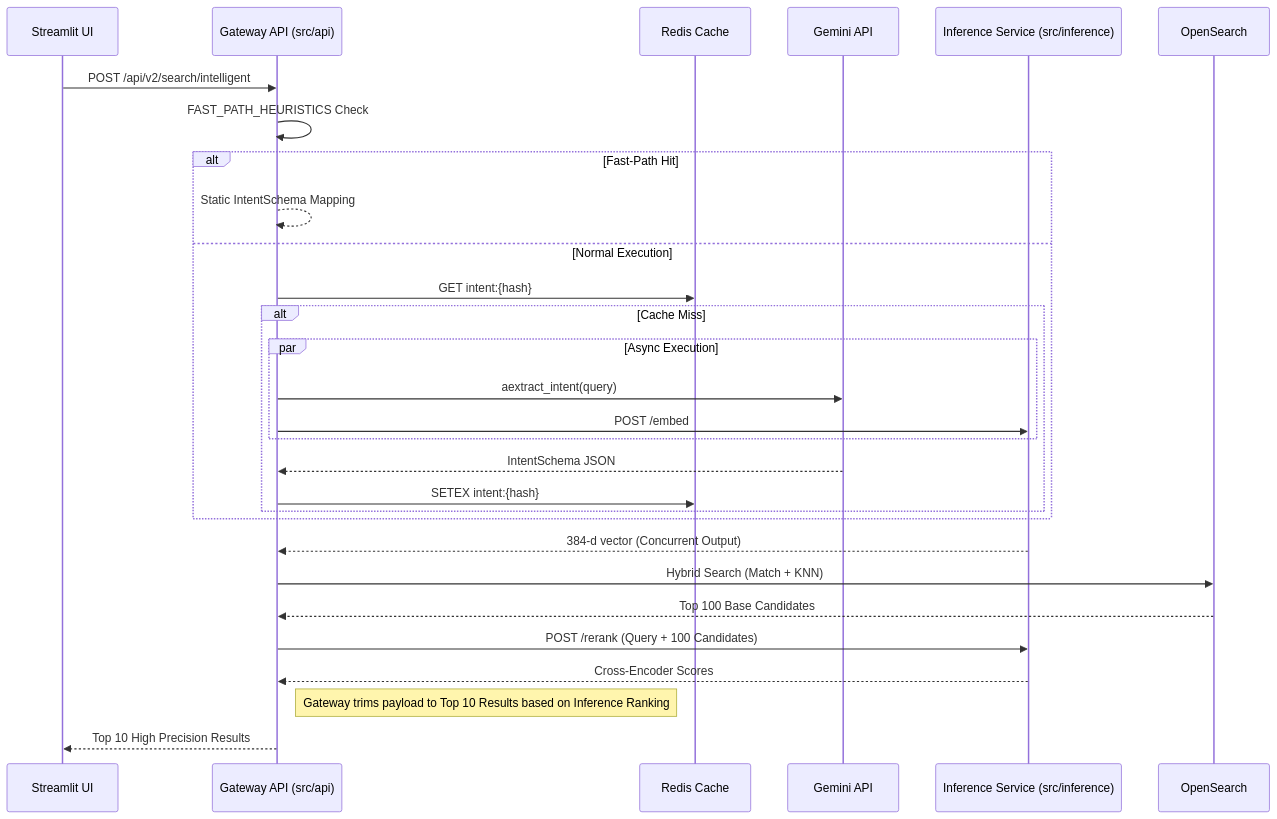
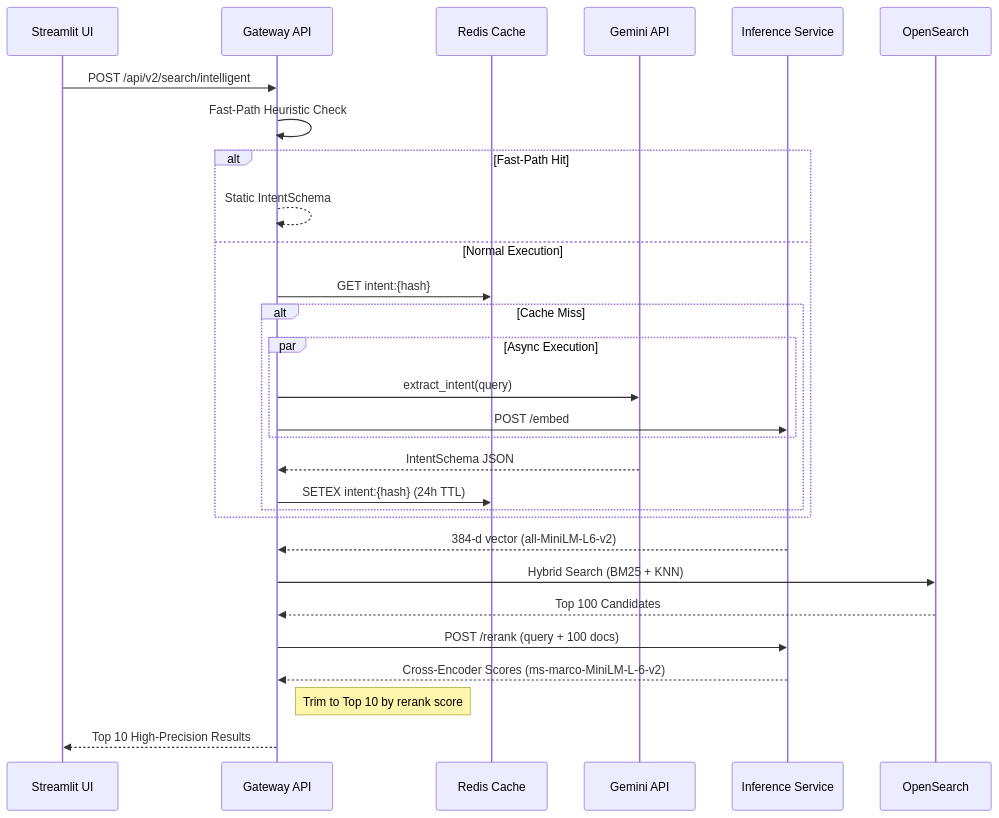
One commit to suryaavala/scaling-succotash changed the fourth of 5 diagrams in docs/architecture.md. Above: the diagram before and after it, drawn with Mermaid. The commit also changed other lines of this file and 39 other files, not shown here.

First line of the commit message:
refactor: V8 Production Grade Architecture & QA (#22)

````diff
--- a/docs/architecture.md
+++ b/docs/architecture.md
@@ -66,38 +143,37 @@
 ```mermaid
 sequenceDiagram
     participant UI as Streamlit UI
-    participant Gateway as Gateway API (src/api)
+    participant Gateway as Gateway API
     participant Cache as Redis Cache
     participant LLM as Gemini API
-    participant Inf as Inference Service (src/inference)
+    participant Inf as Inference Service
     participant OS as OpenSearch
 
     UI->>Gateway: POST /api/v2/search/intelligent
-    Gateway->>Gateway: FAST_PATH_HEURISTICS Check
-    
+    Gateway->>Gateway: Fast-Path Heuristic Check
+
     alt Fast-Path Hit
-        Gateway-->>Gateway: Static IntentSchema Mapping
+        Gateway-->>Gateway: Static IntentSchema
     else Normal Execution
         Gateway->>Cache: GET intent:{hash}
         alt Cache Miss
             par Async Execution
-                Gateway->>LLM: aextract_intent(query)
+                Gateway->>LLM: extract_intent(query)
                 Gateway->>Inf: POST /embed
             end
             LLM-->>Gateway: IntentSchema JSON
-            Gateway->>Cache: SETEX intent:{hash}
+            Gateway->>Cache: SETEX intent:{hash} (24h TTL)
         end
     end
-    
-    %% Two Stage
-    Inf-->>Gateway: 384-d vector (Concurrent Output)
-    Gateway->>OS: Hybrid Search (Match + KNN)
-    OS-->>Gateway: Top 100 Base Candidates
-    
-    Gateway->>Inf: POST /rerank (Query + 100 Candidates)
-    Inf-->>Gateway: Cross-Encoder Scores
-    
-    note right of Gateway: Gateway trims payload to Top 10 Results based on Inference Ranking
-    
-    Gateway-->>UI: Top 10 High Precision Results
+
+    Inf-->>Gateway: 384-d vector (all-MiniLM-L6-v2)
+    Gateway->>OS: Hybrid Search (BM25 + KNN)
+    OS-->>Gateway: Top 100 Candidates
+
+    Gateway->>Inf: POST /rerank (query + 100 docs)
+    Inf-->>Gateway: Cross-Encoder Scores (ms-marco-MiniLM-L-6-v2)
+
+    note right of Gateway: Trim to Top 10 by rerank score
+
+    Gateway-->>UI: Top 10 High-Precision Results
 ```
````
